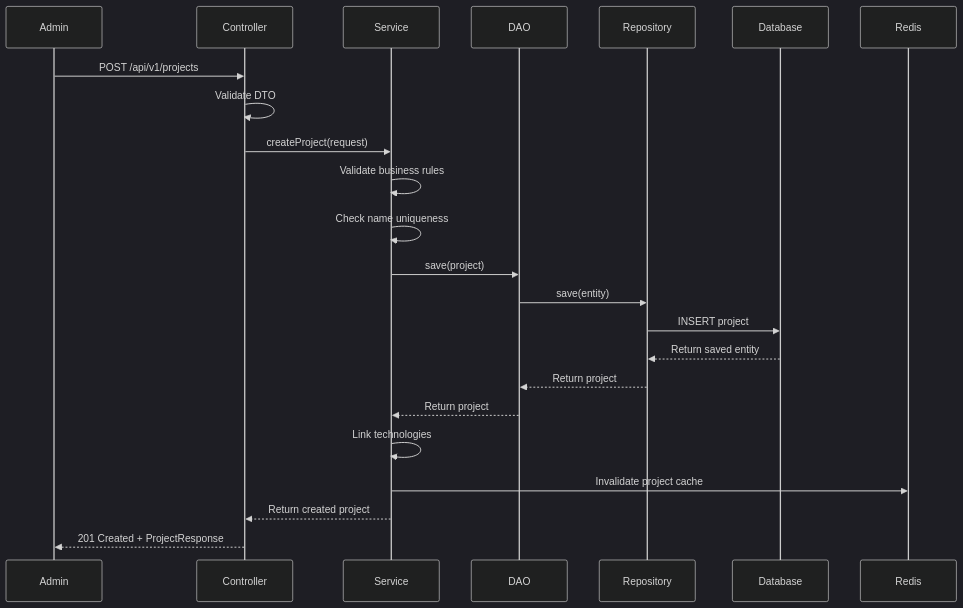
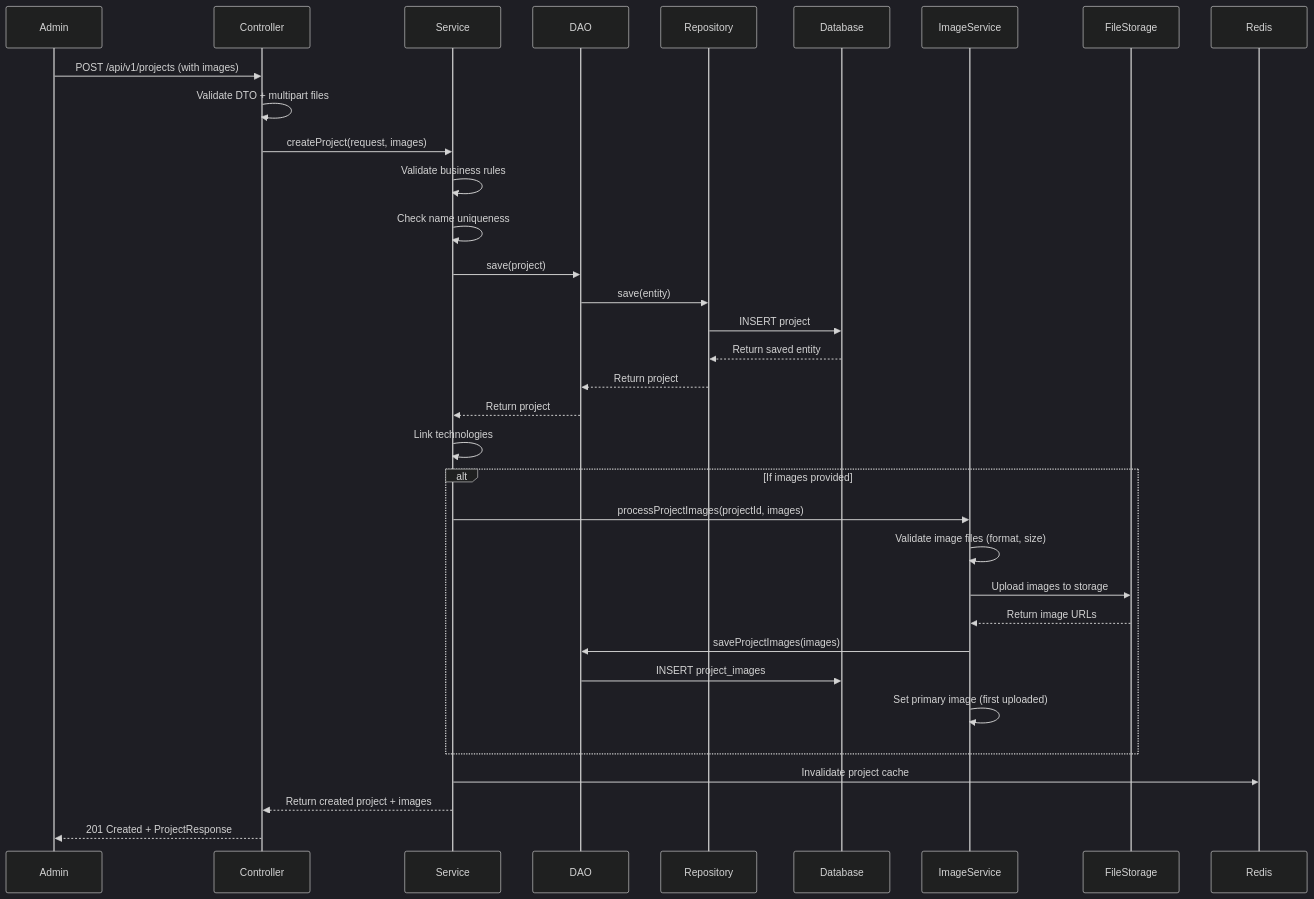
Before and after one commit to caseythecoder90/personal-website-backend: the first of 11 diagrams in docs/architecture/DIAGRAMS.md, drawn with Mermaid (dark theme). The commit also changed other lines of this file and 12 other files, not shown here.

First line of the commit message:
Enhanced system design with comprehensive technical architecture and ProjectImage integration

````diff
--- a/docs/architecture/DIAGRAMS.md
+++ b/docs/architecture/DIAGRAMS.md
@@ -7,26 +7,40 @@
 ```mermaid
 sequenceDiagram
     participant A as Admin
     participant C as Controller
     participant S as Service
     participant D as DAO
     participant R as Repository
     participant DB as Database
+    participant IS as ImageService
+    participant FS as FileStorage
     participant Cache as Redis
 
-    A->>C: POST /api/v1/projects
-    C->>C: Validate DTO
-    C->>S: createProject(request)
+    A->>C: POST /api/v1/projects (with images)
+    C->>C: Validate DTO + multipart files
+    C->>S: createProject(request, images)
     S->>S: Validate business rules
     S->>S: Check name uniqueness
     S->>D: save(project)
     D->>R: save(entity)
     R->>DB: INSERT project
     DB-->>R: Return saved entity
     R-->>D: Return project
     D-->>S: Return project
+    
     S->>S: Link technologies
+    
+    alt If images provided
+        S->>IS: processProjectImages(projectId, images)
+        IS->>IS: Validate image files (format, size)
+        IS->>FS: Upload images to storage
+        FS-->>IS: Return image URLs
+        IS->>D: saveProjectImages(images)
+        D->>DB: INSERT project_images
+        IS->>IS: Set primary image (first uploaded)
+    end
+    
     S->>Cache: Invalidate project cache
-    S-->>C: Return created project
+    S-->>C: Return created project + images
     C-->>A: 201 Created + ProjectResponse
 ```
````
